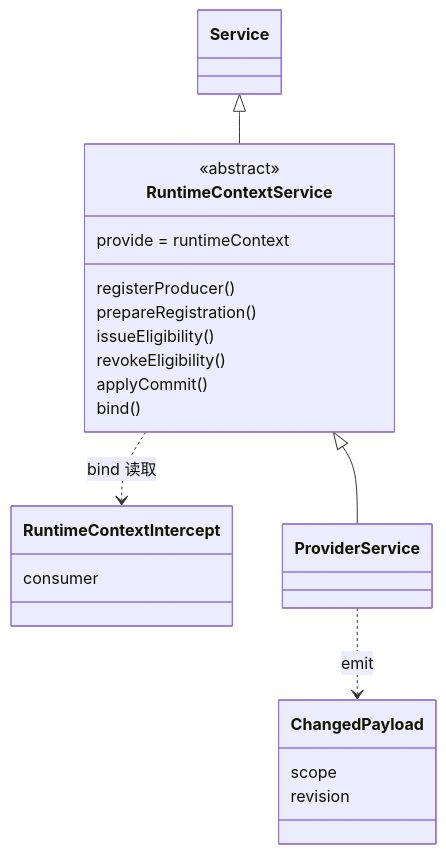
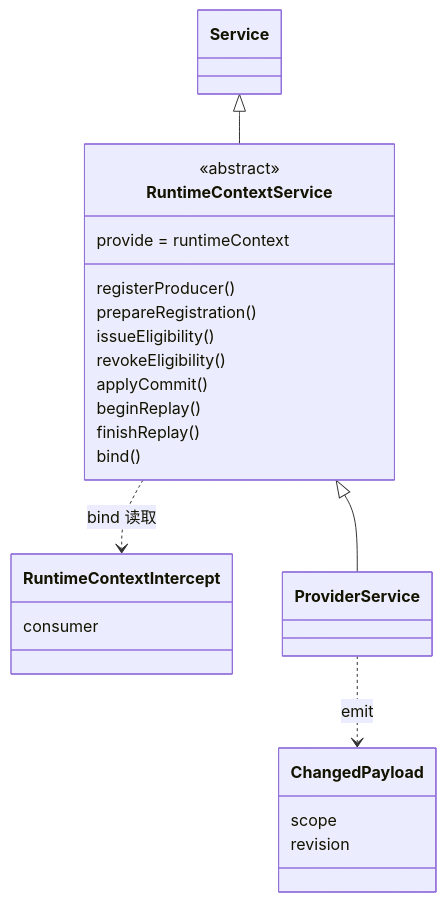
Before and after one commit to nemori-ai/omne-harness-lite: the diagram in packages/context/runtime-context-cordis-contract/docs/object-model.md, drawn with Mermaid. The commit also changed 136 other files, not shown here.

````diff
--- a/packages/context/runtime-context-cordis-contract/docs/object-model.md
+++ b/packages/context/runtime-context-cordis-contract/docs/object-model.md
@@ -15,26 +15,28 @@
 ```mermaid
 classDiagram
   class Service
   class RuntimeContextService {
     <<abstract>>
     provide = runtimeContext
     registerProducer()
     prepareRegistration()
     issueEligibility()
     revokeEligibility()
     applyCommit()
+    beginReplay()
+    finishReplay()
     bind()
   }
   class RuntimeContextIntercept {
     consumer
   }
   class ChangedPayload {
     scope
     revision
   }
   class ProviderService
   Service <|-- RuntimeContextService
   RuntimeContextService <|-- ProviderService
   RuntimeContextService ..> RuntimeContextIntercept : bind 读取
   ProviderService ..> ChangedPayload : emit
 ```
````
